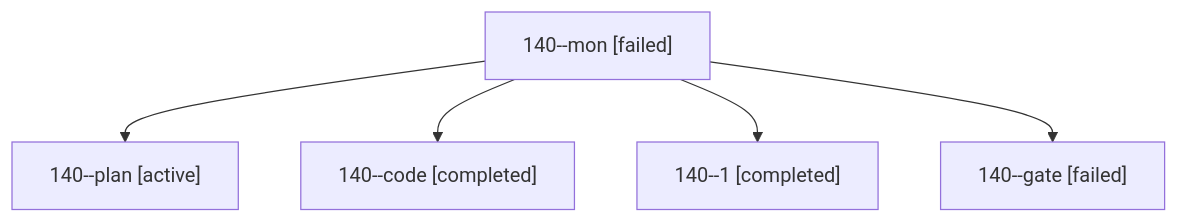
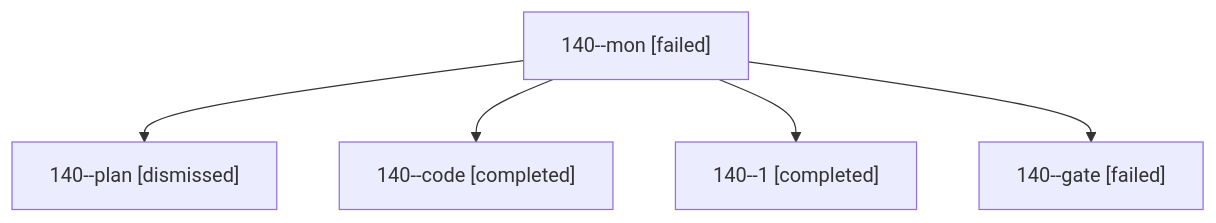
Before and after one commit to bobs-org/bob-cli--agents: the diagram in sessions/bbugyi200.athena.140.md, drawn with Mermaid. The commit also changed other lines of this file and 42 other files, not shown here.

````diff
--- a/sessions/bbugyi200.athena.140.md
+++ b/sessions/bbugyi200.athena.140.md
@@ -9,12 +9,12 @@
 ```mermaid
 flowchart TD
   n0["140--mon [failed]"]
-  n1["140--plan [active]"]
+  n1["140--plan [dismissed]"]
   n0 --> n1
   n2["140--code [completed]"]
   n0 --> n2
   n3["140--1 [completed]"]
   n0 --> n3
   n4["140--gate [failed]"]
   n0 --> n4
 ```
````
